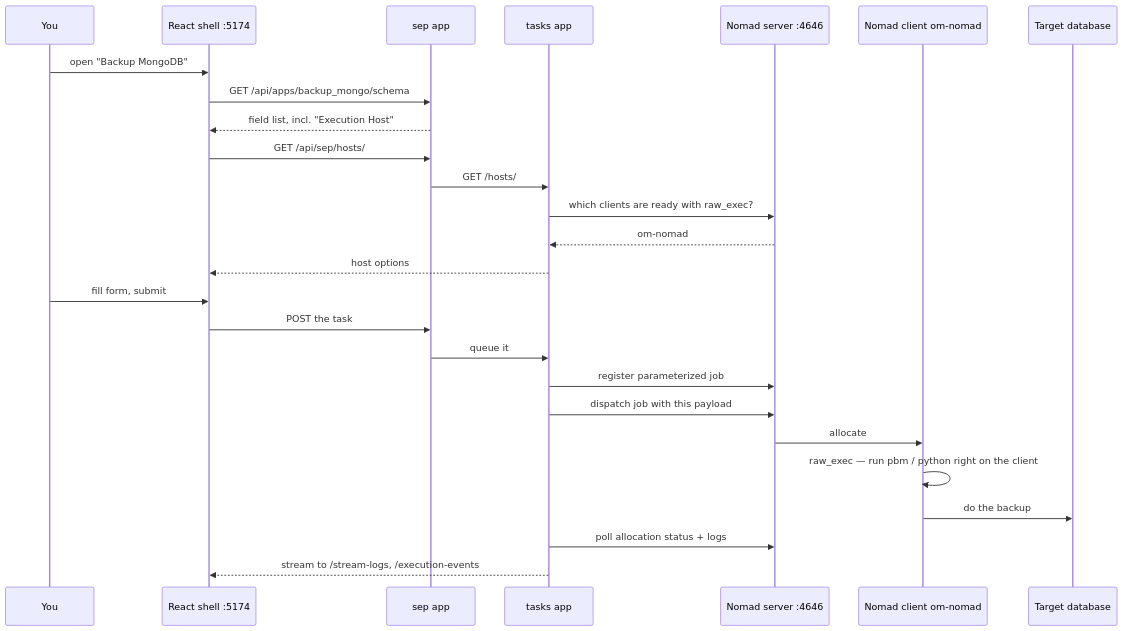
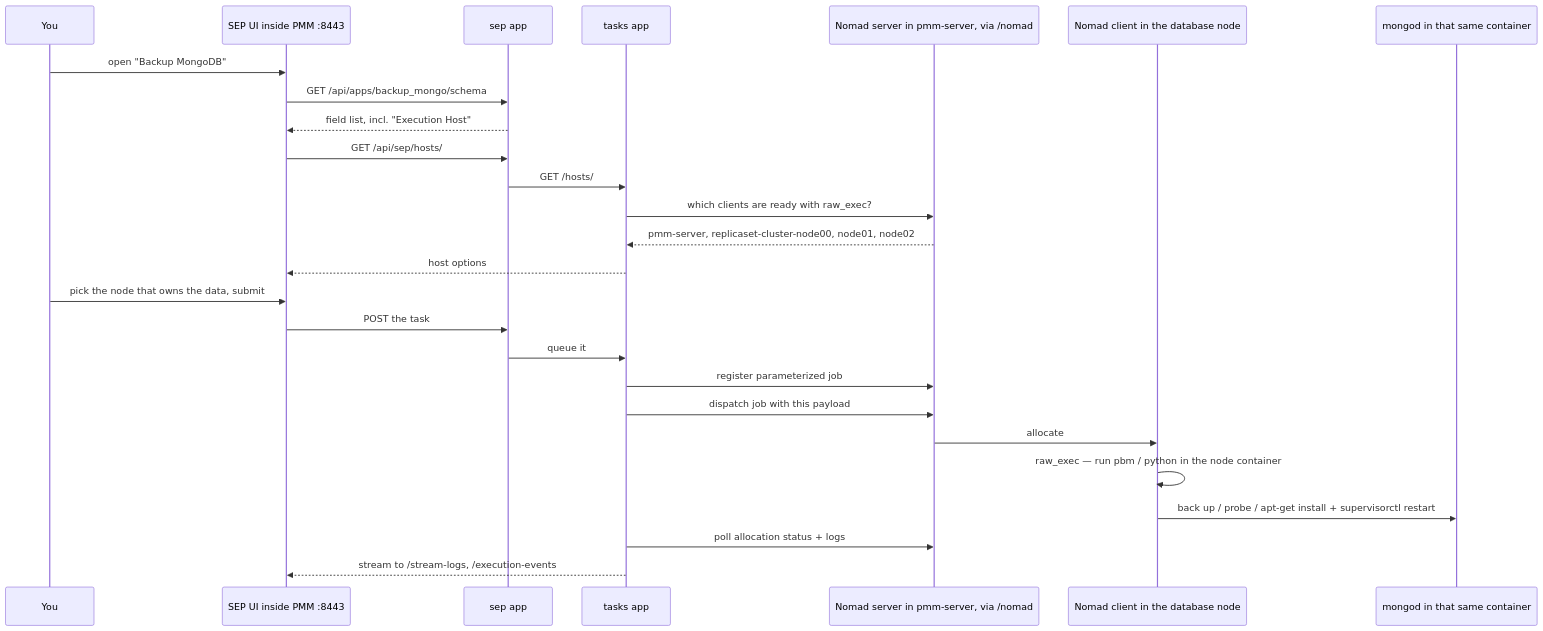
The ninth of 11 diagrams in docs/topology.md (Percona-Lab/pom-workspace), drawn with Mermaid before and after one commit. The commit also changed other lines of this file and 5 other files, not shown here.

````diff
--- a/docs/topology.md
+++ b/docs/topology.md
@@ -403,29 +652,29 @@
 ```mermaid
 sequenceDiagram
     participant U as You
-    participant FE as React shell :5174
+    participant FE as SEP UI inside PMM :8443
     participant SEP as sep app
     participant T as tasks app
-    participant N as Nomad server :4646
-    participant CL as Nomad client om-nomad
-    participant DB as Target database
+    participant N as Nomad server in pmm-server, via /nomad
+    participant CL as Nomad client in the database node
+    participant DB as mongod in that same container
 
     U->>FE: open "Backup MongoDB"
     FE->>SEP: GET /api/apps/backup_mongo/schema
     SEP-->>FE: field list, incl. "Execution Host"
     FE->>SEP: GET /api/sep/hosts/
     SEP->>T: GET /hosts/
     T->>N: which clients are ready with raw_exec?
-    N-->>T: om-nomad
+    N-->>T: pmm-server, replicaset-cluster-node00, node01, node02
     T-->>FE: host options
-    U->>FE: fill form, submit
+    U->>FE: pick the node that owns the data, submit
     FE->>SEP: POST the task
     SEP->>T: queue it
     T->>N: register parameterized job
     T->>N: dispatch job with this payload
     N->>CL: allocate
-    CL->>CL: raw_exec — run pbm / python right on the client
-    CL->>DB: do the backup
+    CL->>CL: raw_exec — run pbm / python in the node container
+    CL->>DB: back up / probe / apt-get install + supervisorctl restart
     T->>N: poll allocation status + logs
     T-->>FE: stream to /stream-logs, /execution-events
 ```
````
